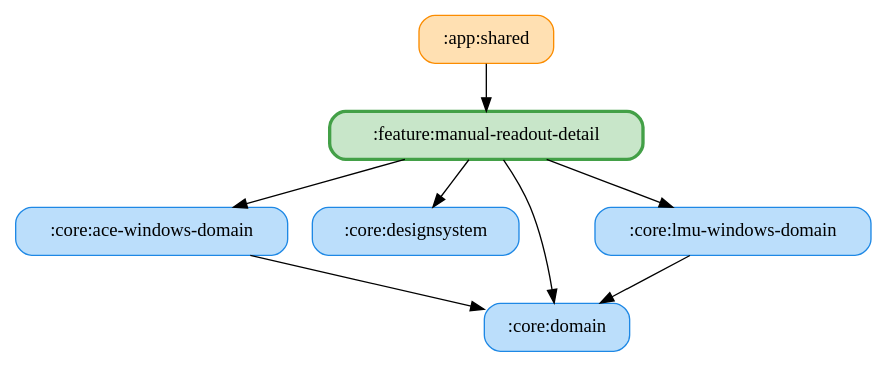
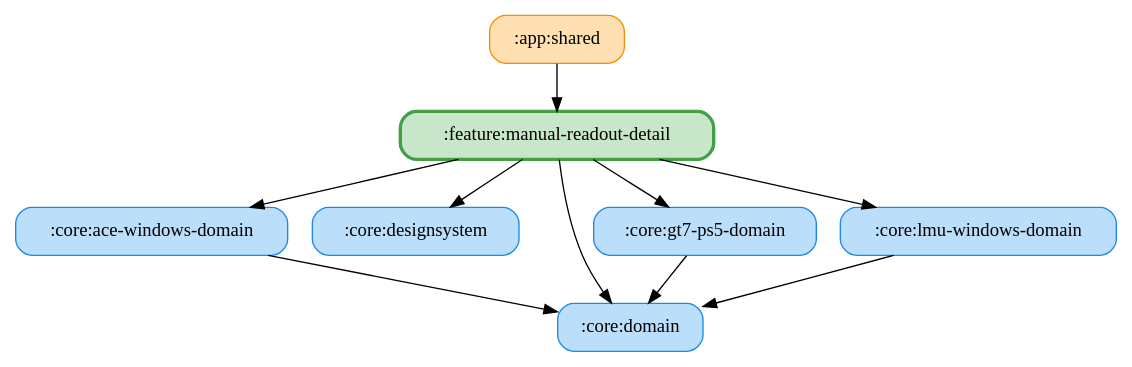
The diagram in docs/graphs/feature-manual-readout-detail.gv (ai-kurou/KoDriver), drawn with Graphviz before and after one commit. The commit also changed 31 other files, not shown here.

Commit message:
chore: update module graph images

```diff
--- a/docs/graphs/feature-manual-readout-detail.gv
+++ b/docs/graphs/feature-manual-readout-detail.gv
@@ -1,17 +1,20 @@
 digraph G {
   rankdir=TB
   node [shape=box, style="rounded,filled"]
   ":app:shared" [fillcolor="#FFE0B2", color="#FB8C00", penwidth=1]
   ":core:ace-windows-domain" [fillcolor="#BBDEFB", color="#1E88E5", penwidth=1]
   ":core:designsystem" [fillcolor="#BBDEFB", color="#1E88E5", penwidth=1]
   ":core:domain" [fillcolor="#BBDEFB", color="#1E88E5", penwidth=1]
+  ":core:gt7-ps5-domain" [fillcolor="#BBDEFB", color="#1E88E5", penwidth=1]
   ":core:lmu-windows-domain" [fillcolor="#BBDEFB", color="#1E88E5", penwidth=1]
   ":feature:manual-readout-detail" [fillcolor="#C8E6C9", color="#43A047", penwidth=2.5]
   ":app:shared" -> ":feature:manual-readout-detail"
   ":core:ace-windows-domain" -> ":core:domain"
+  ":core:gt7-ps5-domain" -> ":core:domain"
   ":core:lmu-windows-domain" -> ":core:domain"
   ":feature:manual-readout-detail" -> ":core:domain"
+  ":feature:manual-readout-detail" -> ":core:gt7-ps5-domain"
   ":feature:manual-readout-detail" -> ":core:designsystem"
   ":feature:manual-readout-detail" -> ":core:ace-windows-domain"
   ":feature:manual-readout-detail" -> ":core:lmu-windows-domain"
 }
```
